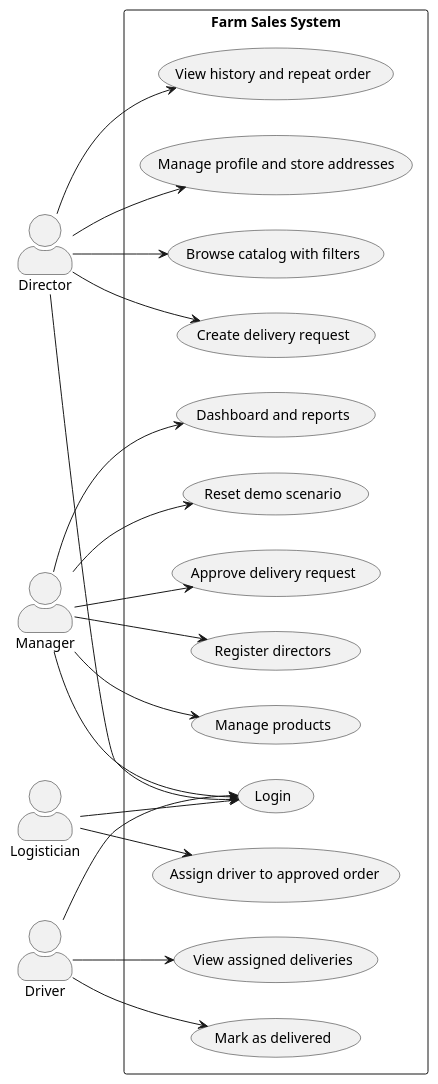
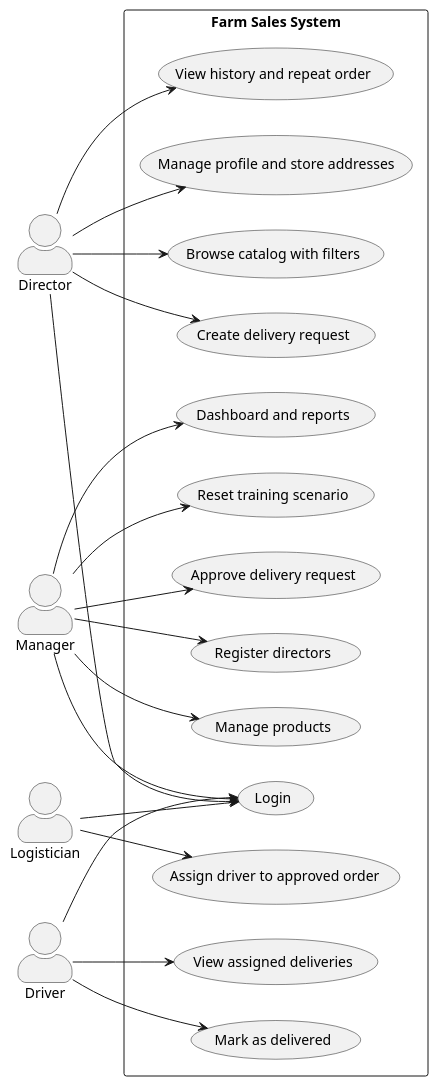
The diagram in docs/diagrams/use-case.puml (mkmacupe/farmer), drawn with PlantUML before and after one commit. The commit also changed 34 other files, not shown here.

```diff
--- a/docs/diagrams/use-case.puml
+++ b/docs/diagrams/use-case.puml
@@ -1,45 +1,45 @@
 @startuml
 left to right direction
 skinparam actorStyle awesome
 
 actor "Director" as director
 actor "Manager" as manager
 actor "Logistician" as logistician
 actor "Driver" as driver
 
 rectangle "Farm Sales System" {
   usecase "Login" as UC_Login
-  usecase "Reset demo scenario" as UC_ResetDemo
+  usecase "Reset training scenario" as UC_ResetDemo
   usecase "Manage profile and store addresses" as UC_Profile
   usecase "Browse catalog with filters" as UC_Catalog
   usecase "Create delivery request" as UC_CreateOrder
   usecase "View history and repeat order" as UC_Repeat
   usecase "Approve delivery request" as UC_Approve
   usecase "Register directors" as UC_Register
   usecase "Manage products" as UC_ManageProducts
   usecase "Assign driver to approved order" as UC_Assign
   usecase "View assigned deliveries" as UC_MyDeliveries
   usecase "Mark as delivered" as UC_Delivered
   usecase "Dashboard and reports" as UC_Reports
 }
 
 director --> UC_Login
 director --> UC_Profile
 director --> UC_Catalog
 director --> UC_CreateOrder
 director --> UC_Repeat
 
 manager --> UC_Login
 manager --> UC_Register
 manager --> UC_Approve
 manager --> UC_ManageProducts
 manager --> UC_Reports
 manager --> UC_ResetDemo
 
 logistician --> UC_Login
 logistician --> UC_Assign
 
 driver --> UC_Login
 driver --> UC_MyDeliveries
 driver --> UC_Delivered
 @enduml
```
